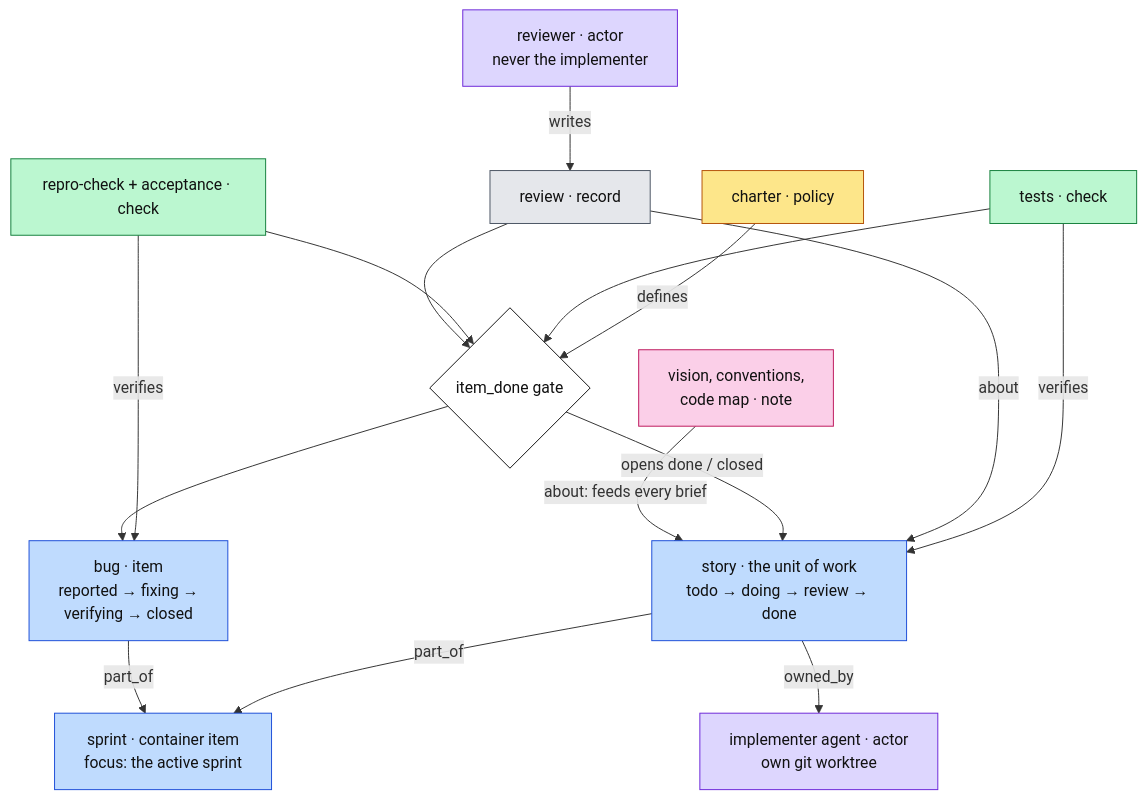
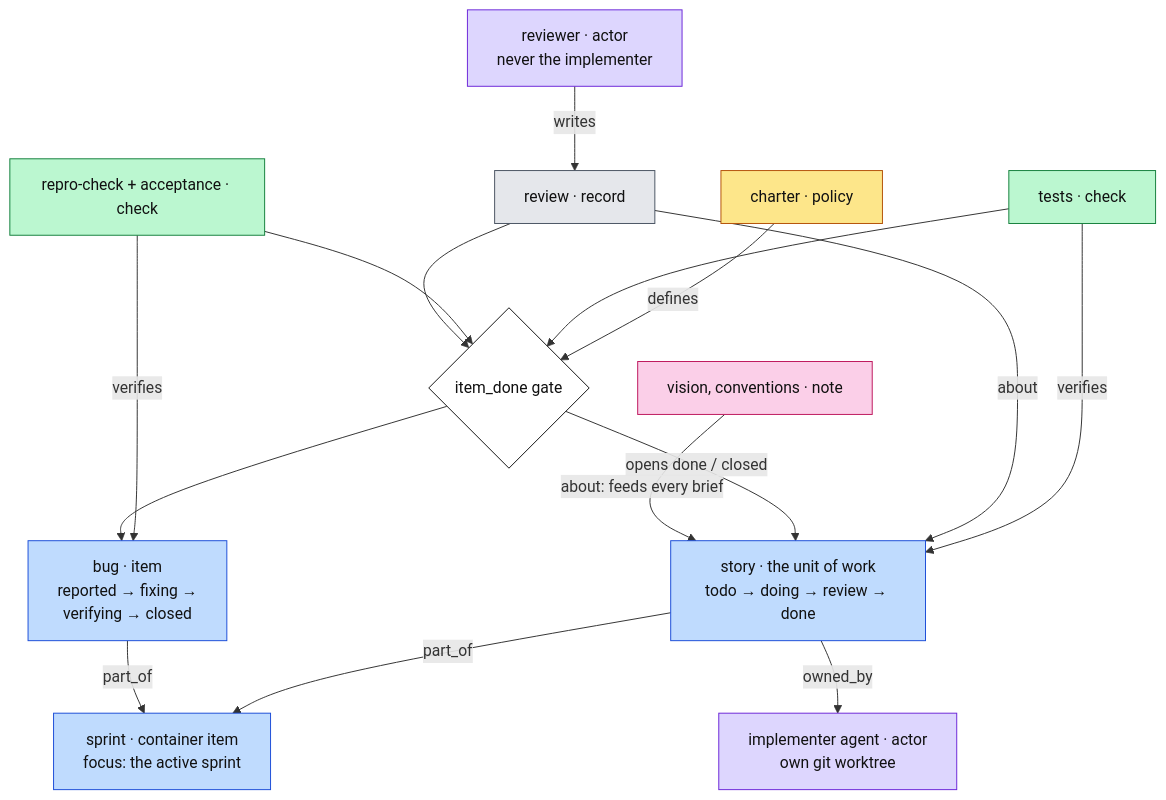
One commit to nguyenhoanhson797/Context-Rail changed the fifth of 6 diagrams in README.md. Above: the diagram before and after it, drawn with Mermaid. The commit also changed other lines of this file and 13 other files, not shown here.

Commit message:
feat(gateway): codegraph adopt moves a store off the hand-written code map

````diff
--- a/README.md
+++ b/README.md
@@ -248,44 +248,44 @@
 ```mermaid
 flowchart TD
     CH["charter · policy"]
     SR["sprint · container item<br/>focus: the active sprint"]
     ST["story · the unit of work<br/>todo → doing → review → done"]
     BG["bug · item<br/>reported → fixing →<br/>verifying → closed"]
     GT{"item_done gate"}
     TS["tests · check"]
     RP["repro-check + acceptance · check"]
     RV["review · record"]
-    NT["vision, conventions,<br/>code map · note"]
+    NT["vision, conventions · note"]
     IM["implementer agent · actor<br/>own git worktree"]
     RE["reviewer · actor<br/>never the implementer"]
 
     ST -- "part_of" --> SR
     BG -- "part_of" --> SR
     CH -- "defines" --> GT
     TS -- "verifies" --> ST
     RP -- "verifies" --> BG
     TS --> GT
     RP --> GT
     RE -- "writes" --> RV
     RV -- "about" --> ST
     RV --> GT
     GT -- "opens done / closed" --> ST
     GT --> BG
     ST -- "owned_by" --> IM
     NT -- "about: feeds every brief" --> ST
 
     classDef cPolicy fill:#fde68a,stroke:#b45309,color:#111
     classDef cItem fill:#bfdbfe,stroke:#1d4ed8,color:#111
     classDef cCheck fill:#bbf7d0,stroke:#15803d,color:#111
     classDef cRecord fill:#e5e7eb,stroke:#4b5563,color:#111
     classDef cNote fill:#fbcfe8,stroke:#be185d,color:#111
     classDef cActor fill:#ddd6fe,stroke:#6d28d9,color:#111
     classDef cGate fill:#fff,stroke:#111,color:#111
     class CH cPolicy
     class SR,ST,BG cItem
     class TS,RP cCheck
     class RV cRecord
     class NT cNote
     class IM,RE cActor
     class GT cGate
 ```
````
